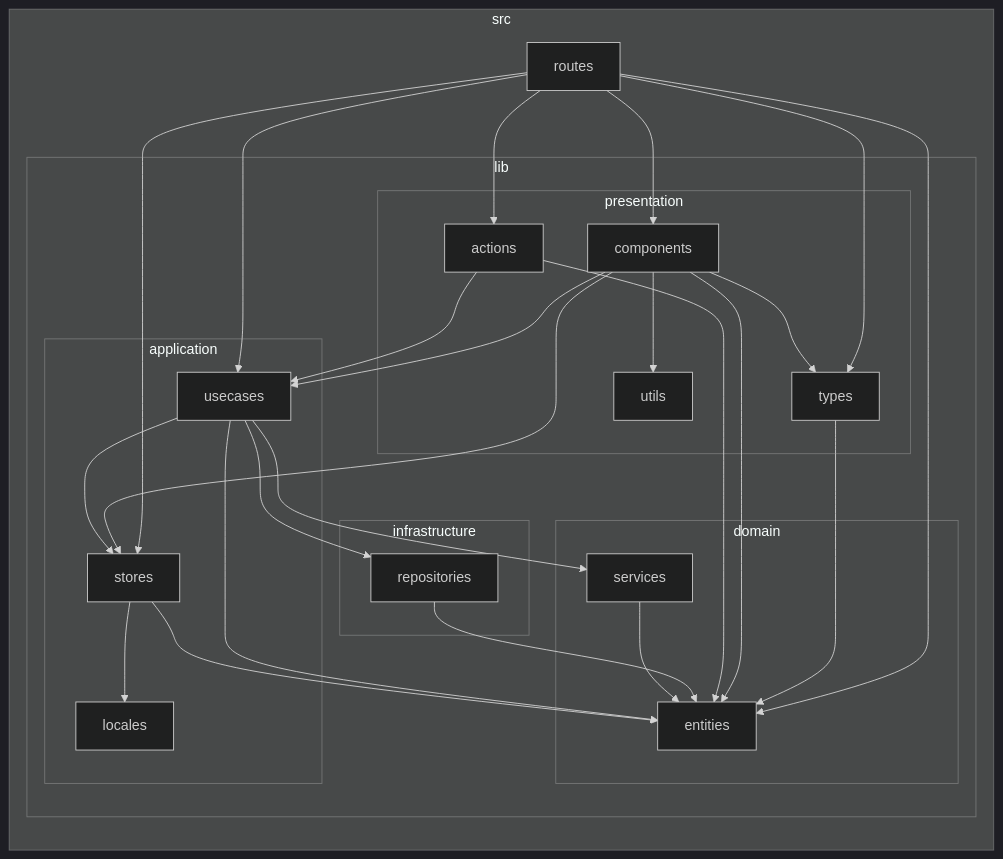
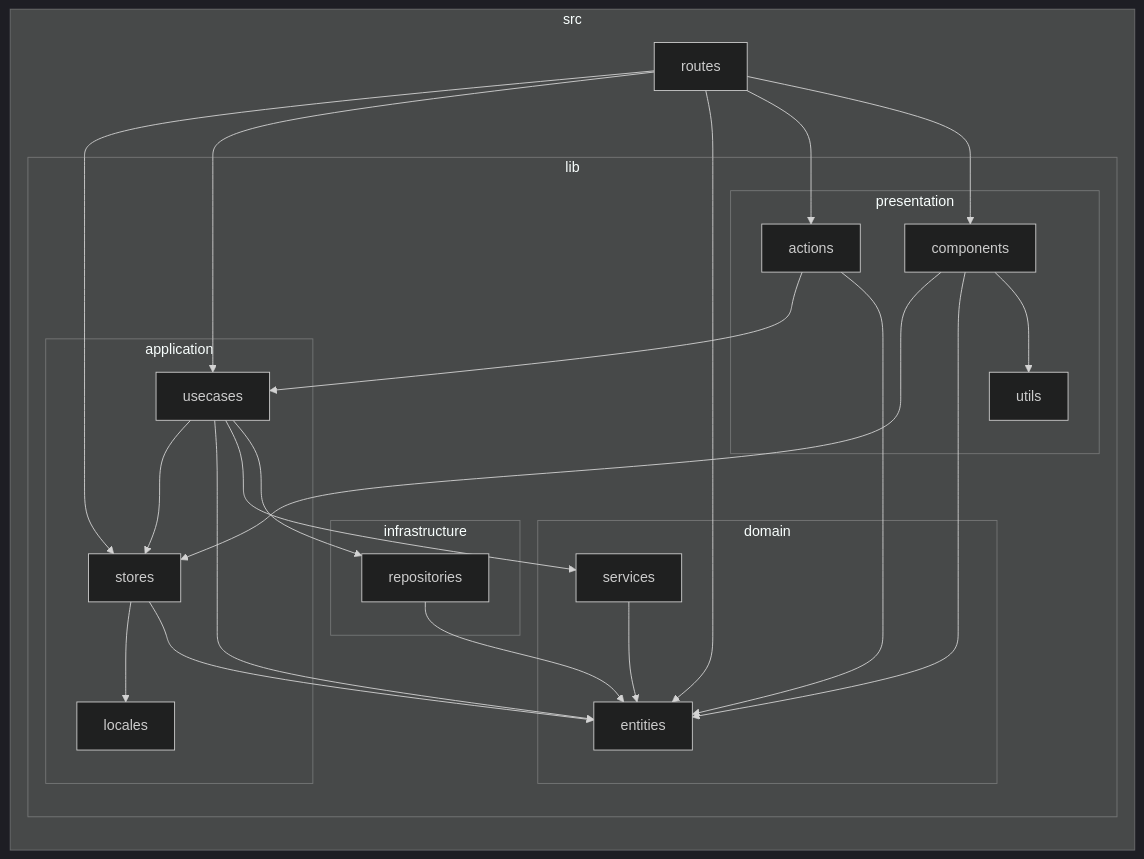
Before and after one commit to k5n/kotonoha: the second of 2 diagrams in doc/dependency-graph.md, drawn with Mermaid (dark theme). The commit also changed other lines of this file and 11 other files, not shown here.

````diff
--- a/doc/dependency-graph.md
+++ b/doc/dependency-graph.md
@@ -393,48 +391,43 @@
 ```mermaid
 graph LR
         subgraph "src"
             src_routes["routes"]
             subgraph "lib"
                 subgraph "application"
                     src_lib_application_locales["locales"]
                     src_lib_application_stores["stores"]
                     src_lib_application_usecases["usecases"]
                 end
                 subgraph "domain"
                     src_lib_domain_entities["entities"]
                     src_lib_domain_services["services"]
                 end
                 subgraph "infrastructure"
                     src_lib_infrastructure_repositories["repositories"]
                 end
                 subgraph "presentation"
                     src_lib_presentation_actions["actions"]
                     src_lib_presentation_components["components"]
-                    src_lib_presentation_types["types"]
                     src_lib_presentation_utils["utils"]
                 end
             end
         end
     src_lib_application_stores --> src_lib_application_locales
     src_lib_application_stores --> src_lib_domain_entities
     src_lib_application_usecases --> src_lib_application_stores
     src_lib_application_usecases --> src_lib_domain_entities
     src_lib_application_usecases --> src_lib_domain_services
     src_lib_application_usecases --> src_lib_infrastructure_repositories
     src_lib_domain_services --> src_lib_domain_entities
     src_lib_infrastructure_repositories --> src_lib_domain_entities
     src_lib_presentation_actions --> src_lib_application_usecases
     src_lib_presentation_actions --> src_lib_domain_entities
     src_lib_presentation_components --> src_lib_application_stores
-    src_lib_presentation_components --> src_lib_application_usecases
     src_lib_presentation_components --> src_lib_domain_entities
-    src_lib_presentation_components --> src_lib_presentation_types
     src_lib_presentation_components --> src_lib_presentation_utils
-    src_lib_presentation_types --> src_lib_domain_entities
     src_routes --> src_lib_application_stores
     src_routes --> src_lib_application_usecases
     src_routes --> src_lib_domain_entities
     src_routes --> src_lib_presentation_actions
     src_routes --> src_lib_presentation_components
-    src_routes --> src_lib_presentation_types
 ```
````
